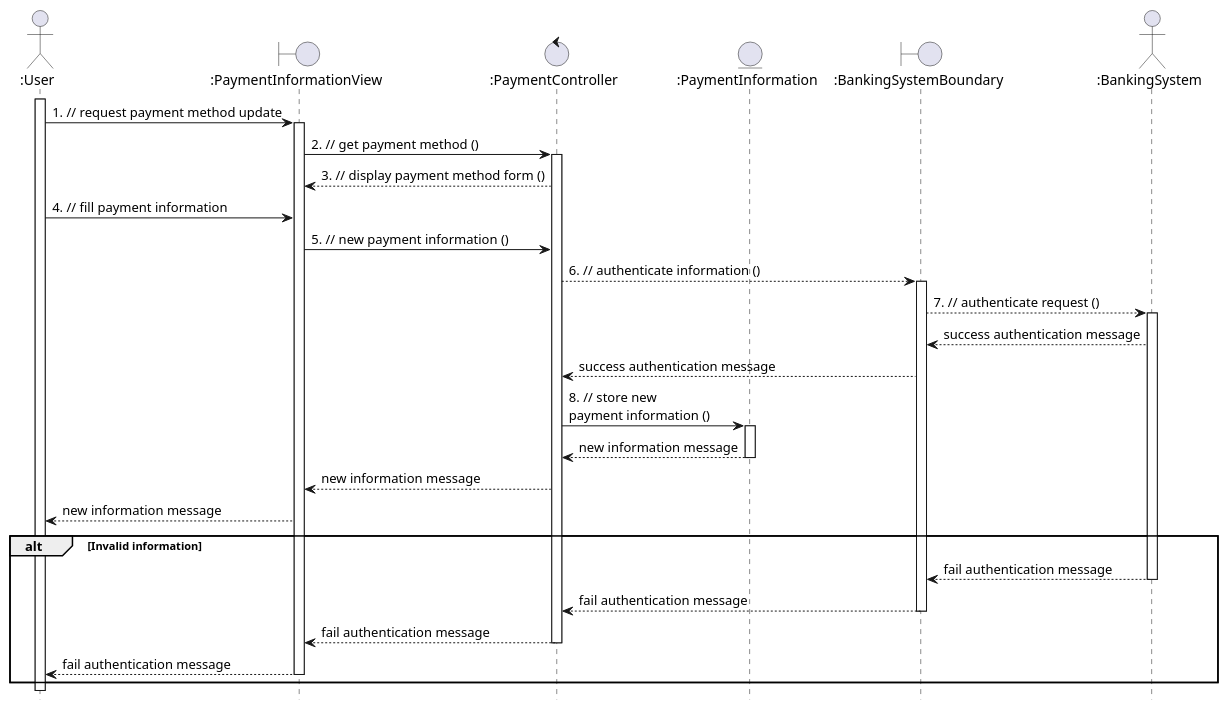
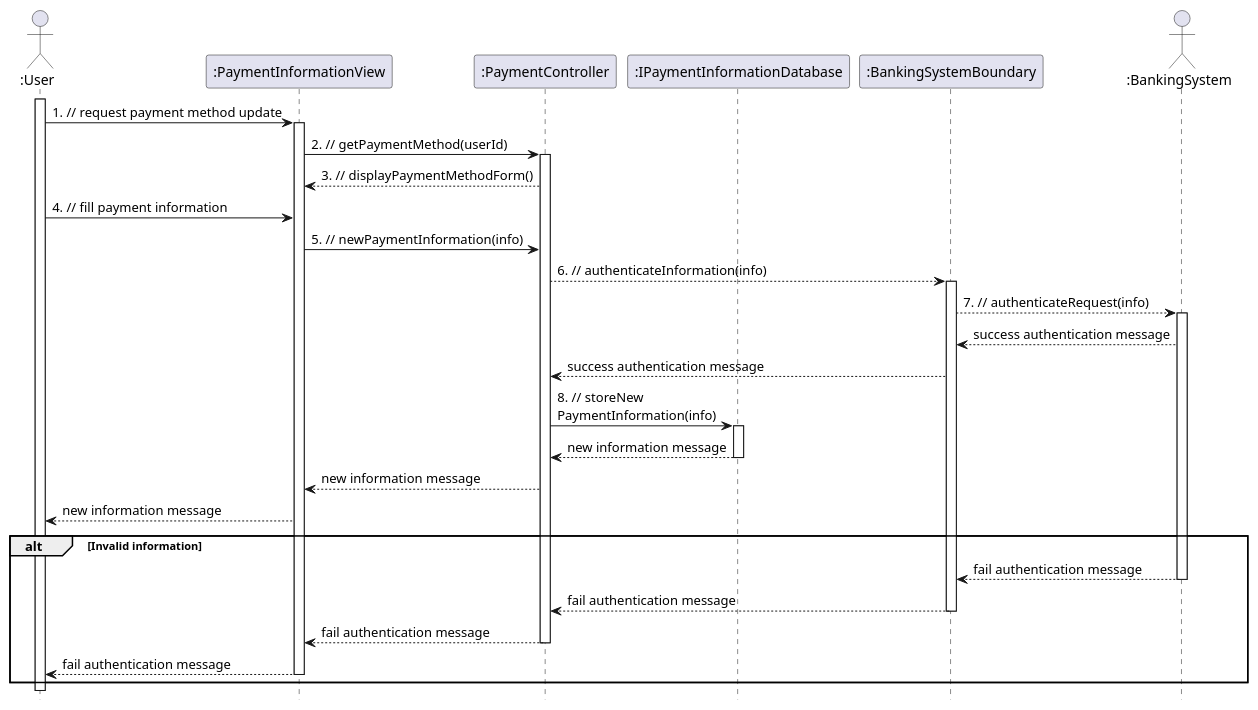
One commit to anhbanlinhle/velocity-exchange changed the diagram in uml/design/sequence/linh/update_payment_information.pu. Above: the diagram before and after it, drawn with PlantUML.

Commit message:
doc[lynn]: design sequence no. 4

```diff
--- a/uml/design/sequence/linh/update_payment_information.pu
+++ b/uml/design/sequence/linh/update_payment_information.pu
@@ -1,48 +1,47 @@
 @startuml UC_4
 hide footbox
 
-
 actor ":User" as User
-boundary ":PaymentInformationView" as PaymentInformationView
-control ":PaymentController" as PaymentController
-entity ":PaymentInformation" as PaymentInformation
-boundary ":BankingSystemBoundary" as BankingSystemBoundary
+participant ":PaymentInformationView" as PaymentInformationView
+participant ":PaymentController" as PaymentController
+participant ":IPaymentInformationDatabase" as PaymentInformation
+participant ":BankingSystemBoundary" as BankingSystemBoundary
 actor ":BankingSystem" as BankingSystem
 
 User ++
   User -> PaymentInformationView : 1. // request payment method update
   activate PaymentInformationView
-    PaymentInformationView -> PaymentController : 2. // get payment method ()
+    PaymentInformationView -> PaymentController : 2. // getPaymentMethod(userId)
     activate PaymentController
-      PaymentController --> PaymentInformationView: 3. // display payment method form ()
+      PaymentController --> PaymentInformationView: 3. // displayPaymentMethodForm()
   User -> PaymentInformationView: 4. // fill payment information
-    PaymentInformationView -> PaymentController: 5. // new payment information ()
-      PaymentController --> BankingSystemBoundary: 6. // authenticate information ()
+    PaymentInformationView -> PaymentController: 5. // newPaymentInformation(info)
+      PaymentController --> BankingSystemBoundary: 6. // authenticateInformation(info)
       activate BankingSystemBoundary
-        BankingSystemBoundary --> BankingSystem: 7. // authenticate request ()
+        BankingSystemBoundary --> BankingSystem: 7. // authenticateRequest(info)
         activate BankingSystem
           BankingSystem --> BankingSystemBoundary: success authentication message
         BankingSystemBoundary --> PaymentController: success authentication message
-      PaymentController -> PaymentInformation: 8. // store new \npayment information ()
+      PaymentController -> PaymentInformation: 8. // storeNew \nPaymentInformation(info)
       activate PaymentInformation
         PaymentInformation --> PaymentController: new information message
       deactivate PaymentInformation
       PaymentController --> PaymentInformationView: new information message
     PaymentInformationView --> User: new information message
 
 alt Invalid information
   
   BankingSystem --> BankingSystemBoundary: fail authentication message
   BankingSystem --
     BankingSystemBoundary --> PaymentController: fail authentication message
     
   deactivate BankingSystemBoundary
     PaymentController --> PaymentInformationView: fail authentication message
     
   deactivate PaymentController
     PaymentInformationView --> User: fail authentication message
     
   deactivate PaymentInformationView
 end
 
 @enduml
```
